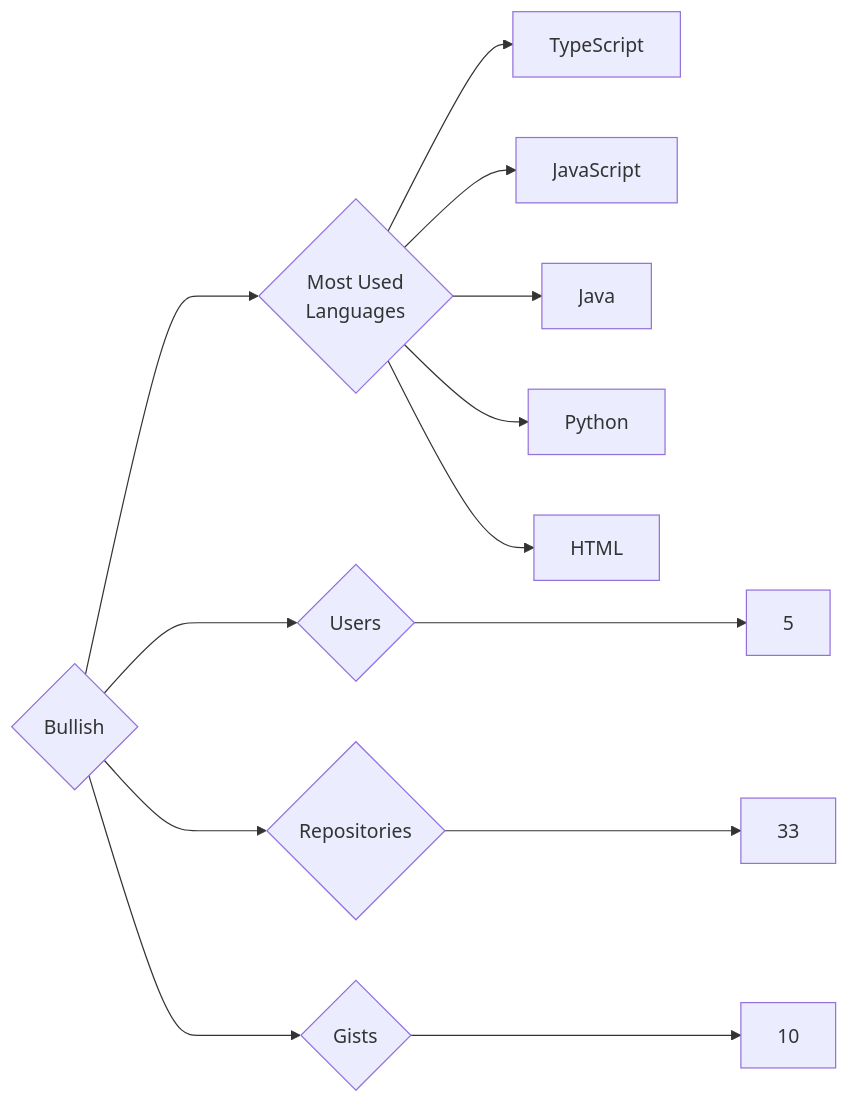
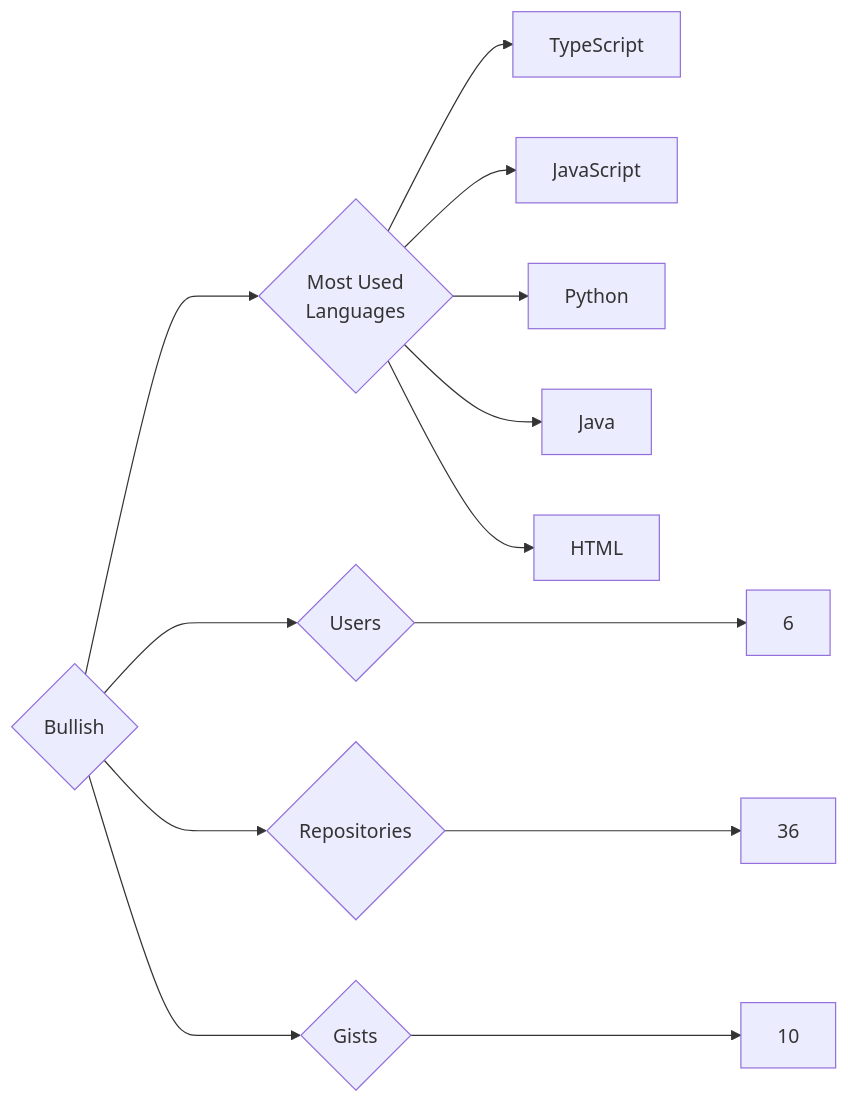
The diagram in targets/Bullish/README.md (trickest/insiders), drawn with Mermaid before and after one commit. The commit also changed 942 other files, not shown here.

````diff
--- a/targets/Bullish/README.md
+++ b/targets/Bullish/README.md
@@ -3,13 +3,13 @@
 ```mermaid
 graph LR
 COMPANY_NAME{Bullish}
-COMPANY_NAME ---> U{Users} ---> UN[5]
-COMPANY_NAME ---> R{Repositories} ---> RN[33]
+COMPANY_NAME ---> U{Users} ---> UN[6]
+COMPANY_NAME ---> R{Repositories} ---> RN[36]
 COMPANY_NAME ---> G{Gists} ---> GN[10]
 COMPANY_NAME ---> ML{Most Used<br>Languages}
 ML --> TypeScript[TypeScript]
 ML --> JavaScript[JavaScript]
+ML --> Python[Python]
 ML --> Java[Java]
-ML --> Python[Python]
 ML --> HTML[HTML]
 ```
````
